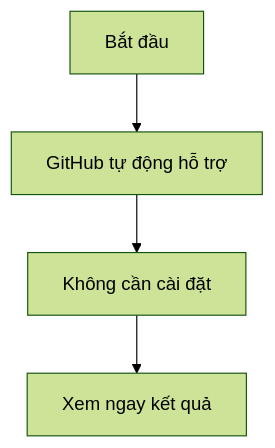
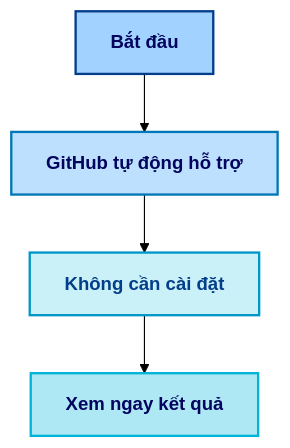
Before and after one commit to NGTHTU4203/hoc-mermaid-nk: the diagram in README.md, drawn with Mermaid (forest theme).

````diff
--- a/README.md
+++ b/README.md
@@ -3,6 +3,11 @@
 ```mermaid 
-graph TD 
+graph TD
+    style A fill:#a2d2ff,stroke:#023e8a,stroke-width:2px,color:#03045e,font-weight:bold
+    style B fill:#bde0fe,stroke:#0077b6,stroke-width:2px,color:#03045e,font-weight:bold
+    style C fill:#caf0f8,stroke:#0096c7,stroke-width:2px,color:#023e8a,font-weight:bold
+    style D fill:#ade8f4,stroke:#00b4d8,stroke-width:2px,color:#03045e,font-weight:bold
+
     A[Bắt đầu] --> B[GitHub tự động hỗ trợ] 
     B --> C[Không cần cài đặt] 
     C --> D[Xem ngay kết quả] 
 ```
````
